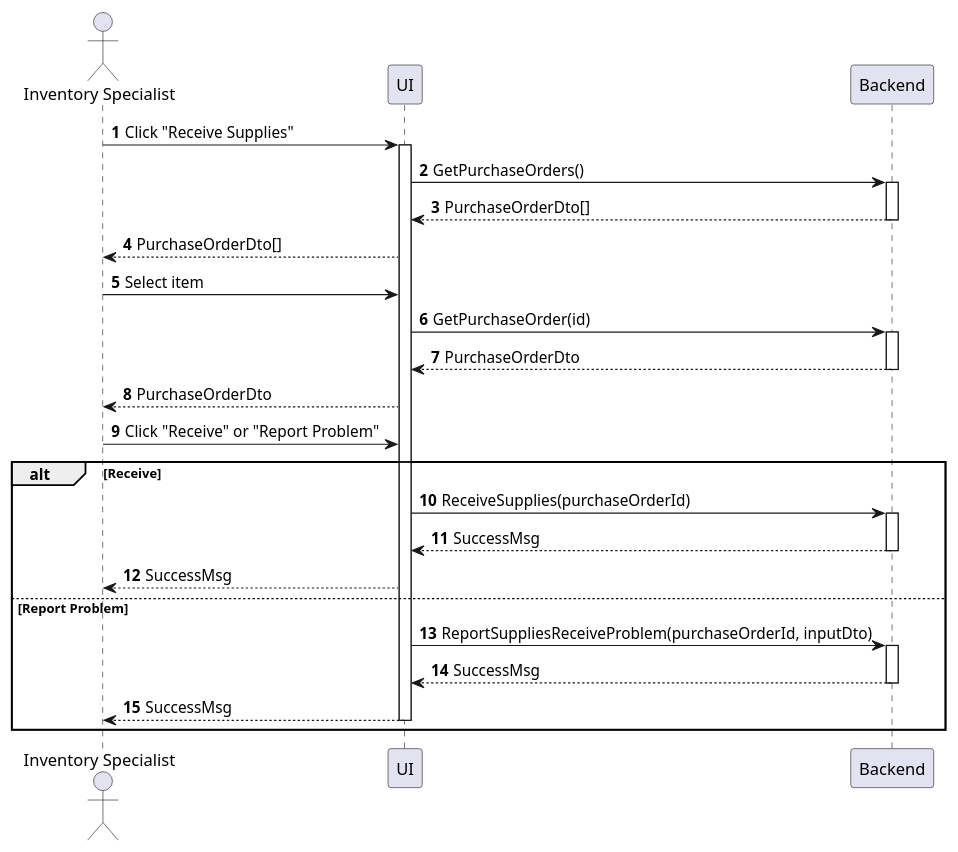
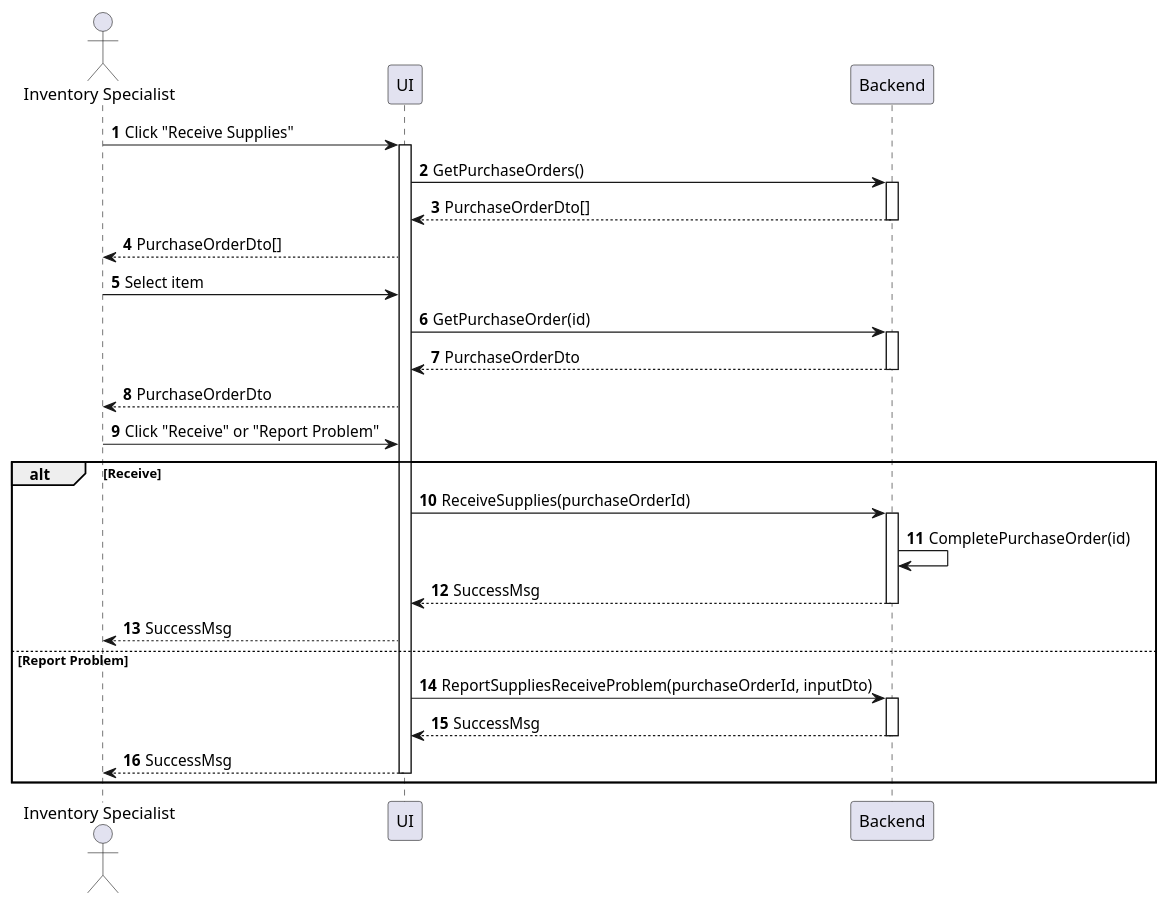
The diagram in sequences/inventory-supply-receive.plantuml (phihungha/scmss-reqs), drawn with PlantUML before and after one commit. The commit also changed 11 other files, not shown here.

```diff
--- a/sequences/inventory-supply-receive.plantuml
+++ b/sequences/inventory-supply-receive.plantuml
@@ -1,33 +1,34 @@
 @startuml inventory-supply-receive
 autonumber
 
 actor "Inventory Specialist" as a
 participant UI as f
 participant Backend as b
 
 a -> f : Click "Receive Supplies"
 activate f
 f -> b : GetPurchaseOrders()
 activate b
 return PurchaseOrderDto[]
 f --> a : PurchaseOrderDto[]
 a -> f : Select item
 f -> b : GetPurchaseOrder(id)
 activate b
 return PurchaseOrderDto
 f --> a : PurchaseOrderDto
 a -> f : Click "Receive" or "Report Problem"
 
 alt Receive
     f -> b : ReceiveSupplies(purchaseOrderId)
     activate b
+    b -> b : CompletePurchaseOrder(id)
     return SuccessMsg
     f --> a : SuccessMsg
 else Report Problem
     f -> b : ReportSuppliesReceiveProblem(purchaseOrderId, inputDto)
     activate b
     return SuccessMsg
     f --> a : SuccessMsg
     deactivate f
 end
 @enduml
```
